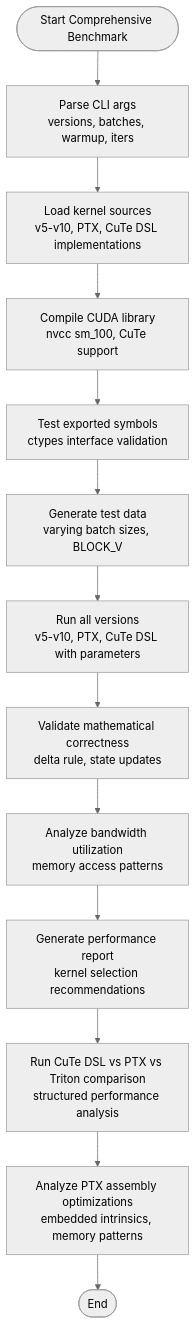
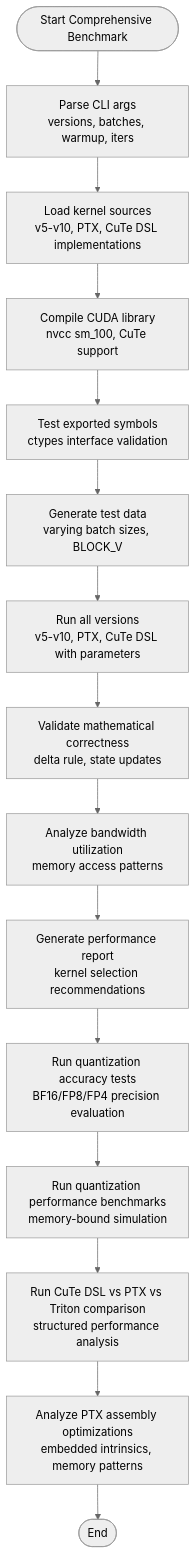
One commit to gugudeshubao/flashinfer-bench-tma-thrust changed the third of 17 diagrams in .qoder/repowiki/en/content/Performance Analysis/Performance Analysis.md. Above: the diagram before and after it, drawn with Mermaid (neutral theme). The commit also changed other lines of this file and 5 other files, not shown here.

````diff
--- a/.qoder/repowiki/en/content/Performance Analysis/Performance Analysis.md
+++ b/.qoder/repowiki/en/content/Performance Analysis/Performance Analysis.md
@@ -311,15 +357,17 @@
 ```mermaid
 flowchart TD
 Start(["Start Comprehensive Benchmark"]) --> ParseArgs["Parse CLI args<br/>versions, batches, warmup, iters"]
 ParseArgs --> LoadSources["Load kernel sources<br/>v5-v10, PTX, CuTe DSL implementations"]
 LoadSources --> CompileCUDA["Compile CUDA library<br/>nvcc sm_100, CuTe support"]
 CompileCUDA --> TestSymbols["Test exported symbols<br/>ctypes interface validation"]
 TestSymbols --> GenerateData["Generate test data<br/>varying batch sizes, BLOCK_V"]
 GenerateData --> RunVersions["Run all versions<br/>v5-v10, PTX, CuTe DSL with parameters"]
 RunVersions --> ValidateCorrectness["Validate mathematical correctness<br/>delta rule, state updates"]
 ValidateCorrectness --> AnalyzeResults["Analyze bandwidth utilization<br/>memory access patterns"]
 AnalyzeResults --> GenerateReport["Generate performance report<br/>kernel selection recommendations"]
-GenerateReport --> PerfComparison["Run CuTe DSL vs PTX vs Triton comparison<br/>structured performance analysis"]
+GenerateReport --> QuantTest["Run quantization accuracy tests<br/>BF16/FP8/FP4 precision evaluation"]
+QuantTest --> QuantBench["Run quantization performance benchmarks<br/>memory-bound simulation"]
+QuantBench --> PerfComparison["Run CuTe DSL vs PTX vs Triton comparison<br/>structured performance analysis"]
 PerfComparison --> PTXAnalysis["Analyze PTX assembly optimizations<br/>embedded intrinsics, memory patterns"]
 PTXAnalysis --> End(["End"])
 ```
````
